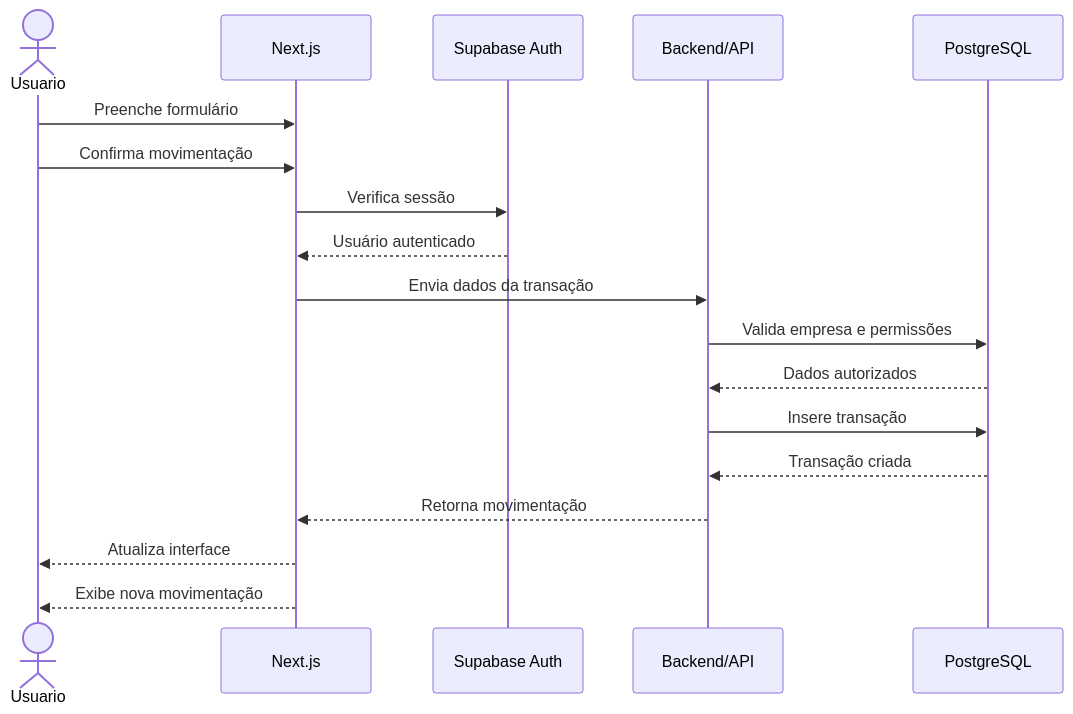
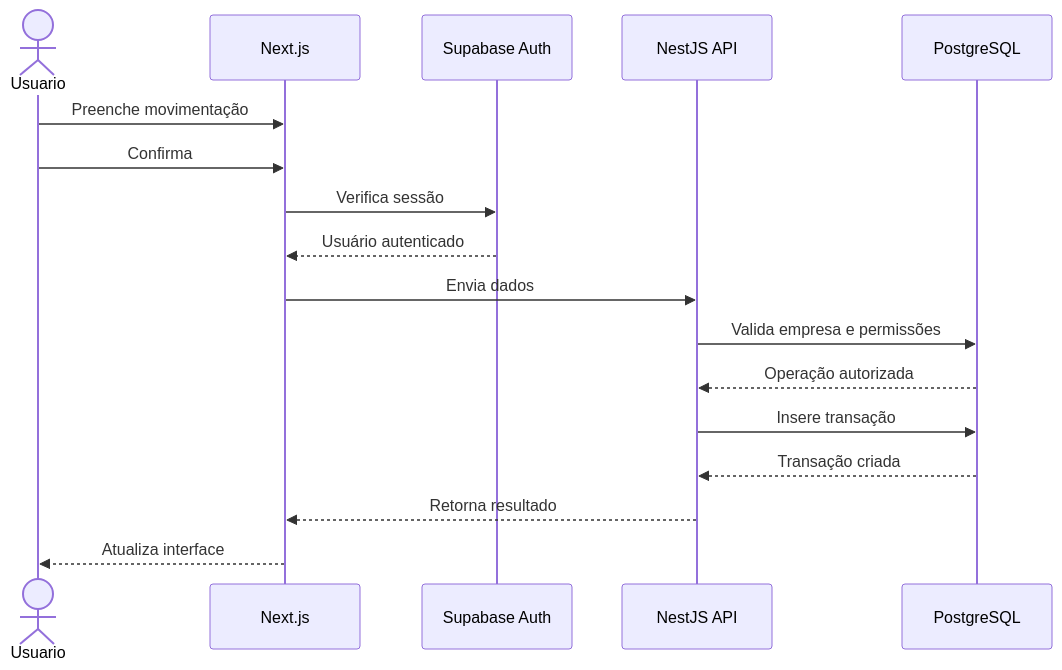
The fourth of 8 diagrams in README.md (Rayck4dev/MetricsFlow_AI), drawn with Mermaid before and after one commit. The commit also changed other lines of this file, not shown here.

````diff
--- a/README.md
+++ b/README.md
@@ -793,28 +947,25 @@
 ```mermaid
 sequenceDiagram
 
     actor Usuario
     participant Frontend as Next.js
     participant Auth as Supabase Auth
-    participant API as Backend/API
+    participant API as NestJS API
     participant DB as PostgreSQL
 
-    Usuario->>Frontend: Preenche formulário
-    Usuario->>Frontend: Confirma movimentação
+    Usuario->>Frontend: Preenche movimentação
+    Usuario->>Frontend: Confirma
 
     Frontend->>Auth: Verifica sessão
     Auth-->>Frontend: Usuário autenticado
 
-    Frontend->>API: Envia dados da transação
-
+    Frontend->>API: Envia dados
     API->>DB: Valida empresa e permissões
-    DB-->>API: Dados autorizados
+    DB-->>API: Operação autorizada
 
     API->>DB: Insere transação
     DB-->>API: Transação criada
 
-    API-->>Frontend: Retorna movimentação
-
+    API-->>Frontend: Retorna resultado
     Frontend-->>Usuario: Atualiza interface
-    Frontend-->>Usuario: Exibe nova movimentação
 ```
````
